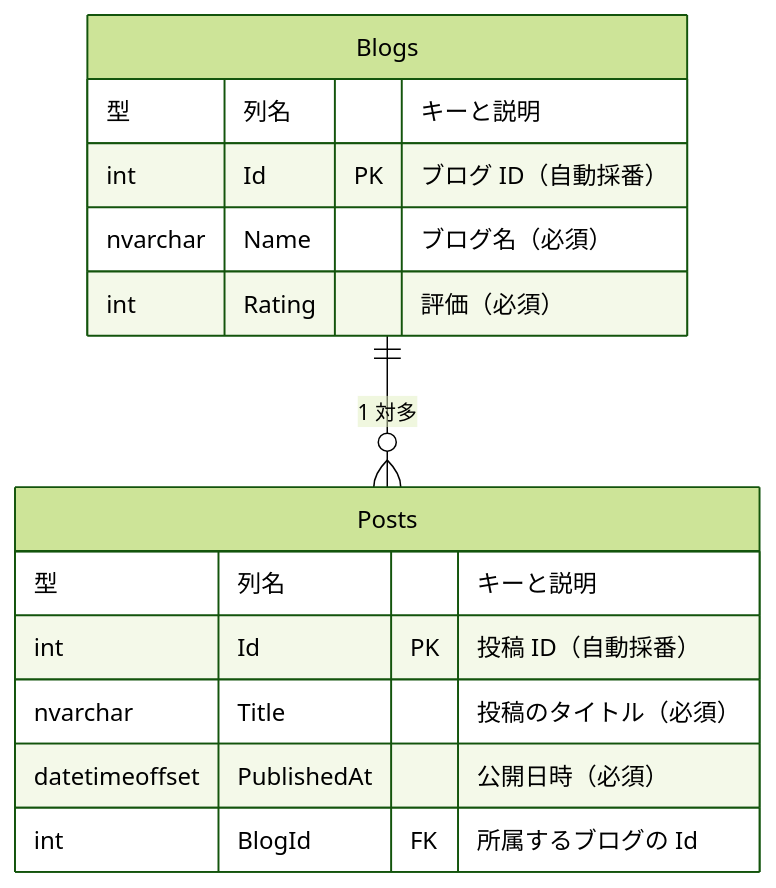
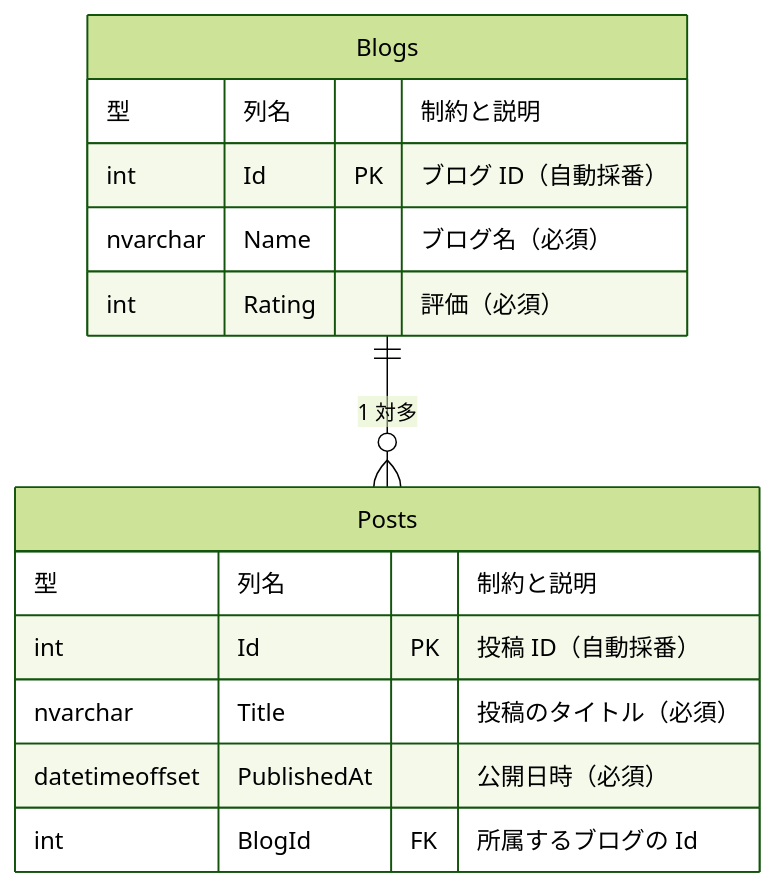
One commit to microsoft/aspnetcore-ja-handbook changed the second of 8 diagrams in src/content/docs/08-entity-framework-core/index.md. Above: the diagram before and after it, drawn with Mermaid (forest theme). The commit also changed other lines of this file, not shown here.

Commit message:
docs(08): ER 図の PK / FK を「制約」と表記する
見出しを「キーと説明」としていたが、SQL Server の日本語公式ドキュメントは
PRIMARY KEY / FOREIGN KEY を一貫して「主キー制約」「外部キー制約」と
呼んでいるため、「制約と説明」に改めた。

あわせて図の直後に PK / FK の読み方を 1 文で補った。

- 根拠: MS Learn「主キー制約と外部キー制約 - SQL Server」（ja-jp）。
  本文でも「主キー制約」「外部キー制約」「PRIMARY KEY 制約」で統一されている
- EF Core 側の ja-jp ページ（modeling/keys, foreign-and-principal-keys）は
  モデルの話なので「主キー」「外部キー」と呼ぶが、この図はテーブル定義を
  示すものなので SQL Server 側の用語に合わせた
- 開発サーバーで再描画を確認（SVG 幅 502px、鳥足マーカー 8 個は変化なし）

Copilot-Session: cb9e357f-a50f-48d7-a2f0-e878f7bfc777

````diff
--- a/src/content/docs/08-entity-framework-core/index.md
+++ b/src/content/docs/08-entity-framework-core/index.md
@@ -97,19 +97,19 @@
 ```mermaid
 erDiagram
     Blogs ||--o{ Posts : "1 対多"
 
     Blogs {
-        型 列名 "キーと説明"
+        型 列名 "制約と説明"
         int Id PK "ブログ ID（自動採番）"
         nvarchar Name "ブログ名（必須）"
         int Rating "評価（必須）"
     }
 
     Posts {
-        型 列名 "キーと説明"
+        型 列名 "制約と説明"
         int Id PK "投稿 ID（自動採番）"
         nvarchar Title "投稿のタイトル（必須）"
         datetimeoffset PublishedAt "公開日時（必須）"
         int BlogId FK "所属するブログの Id"
     }
 ```
````
